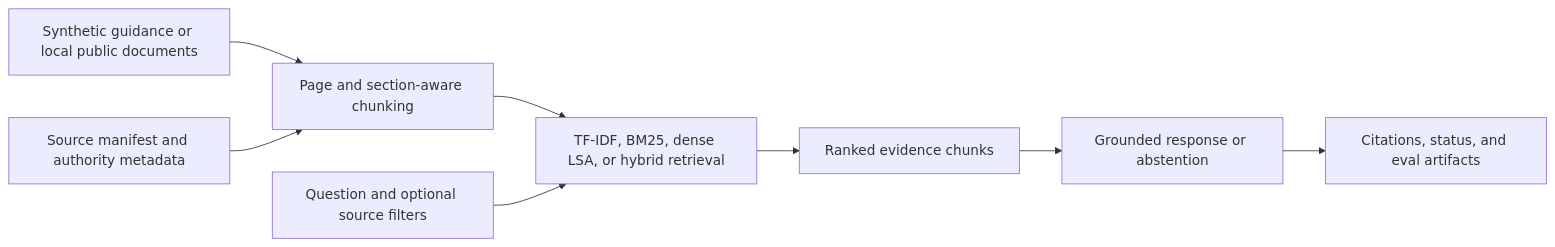
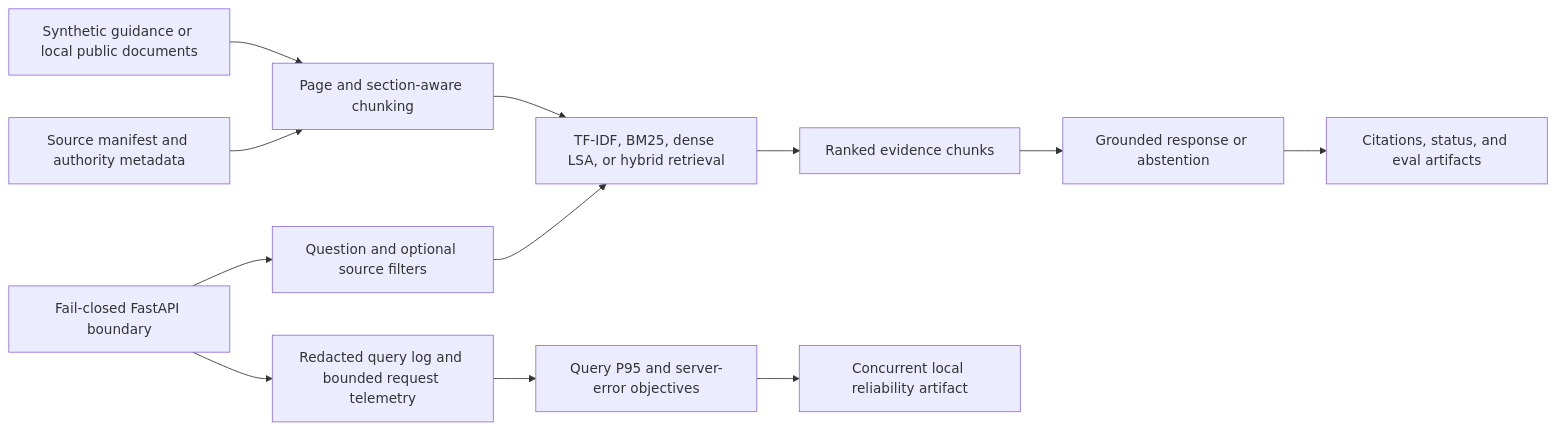
Before and after one commit to josiahsutd-stack/ai-portfolio: the first of 8 diagrams in docs/architecture-diagrams.md, drawn with Mermaid. The commit also changed 30 other files, not shown here.

````diff
--- a/docs/architecture-diagrams.md
+++ b/docs/architecture-diagrams.md
@@ -5,10 +5,14 @@
 ```mermaid
 flowchart LR
   A["Synthetic guidance or local public documents"] --> B["Page and section-aware chunking"]
   M["Source manifest and authority metadata"] --> B
   B --> C["TF-IDF, BM25, dense LSA, or hybrid retrieval"]
   Q["Question and optional source filters"] --> C
   C --> D["Ranked evidence chunks"]
   D --> E["Grounded response or abstention"]
   E --> F["Citations, status, and eval artifacts"]
+  API["Fail-closed FastAPI boundary"] --> Q
+  API --> T["Redacted query log and bounded request telemetry"]
+  T --> O["Query P95 and server-error objectives"]
+  O --> R["Concurrent local reliability artifact"]
 ```
````
